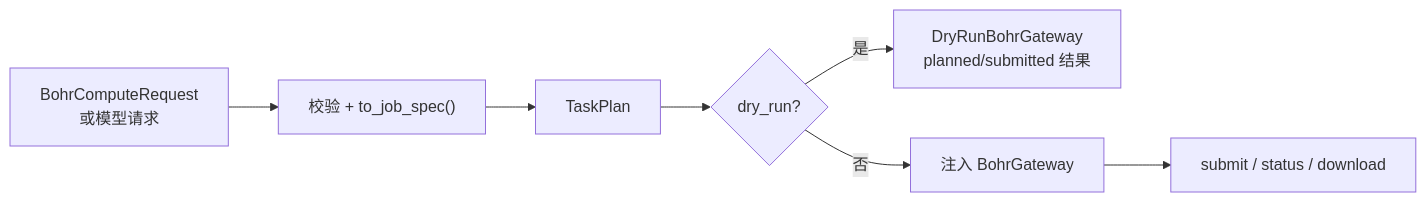
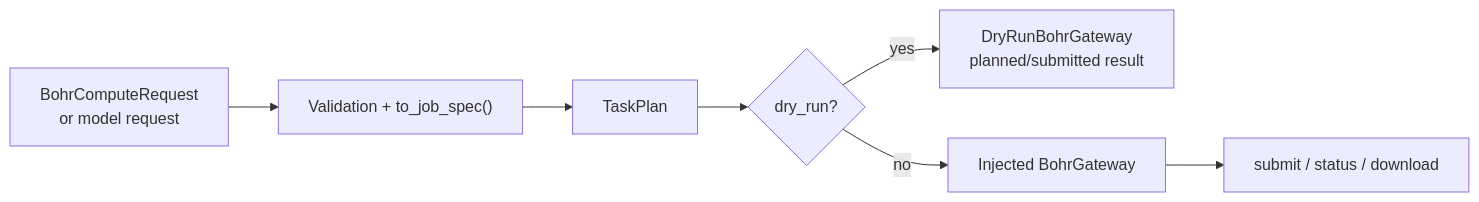
The diagram in packages/tricycle-bohr/README.md (gentle1999/TriCycle), drawn with Mermaid before and after one commit. The commit also changed other lines of this file and 158 other files, not shown here.

````diff
--- a/packages/tricycle-bohr/README.md
+++ b/packages/tricycle-bohr/README.md
@@ -54,9 +46,9 @@
 ```mermaid
 flowchart LR
-    Q["BohrComputeRequest\n或模型请求"] --> V["校验 + to_job_spec()"]
+    Q["BohrComputeRequest\nor model request"] --> V["Validation + to_job_spec()"]
     V --> P["TaskPlan"]
     P --> D{"dry_run?"}
-    D -->|是| DR["DryRunBohrGateway\nplanned/submitted 结果"]
-    D -->|否| G["注入 BohrGateway"]
+    D -->|yes| DR["DryRunBohrGateway\nplanned/submitted result"]
+    D -->|no| G["Injected BohrGateway"]
     G --> S["submit / status / download"]
 ```
````
